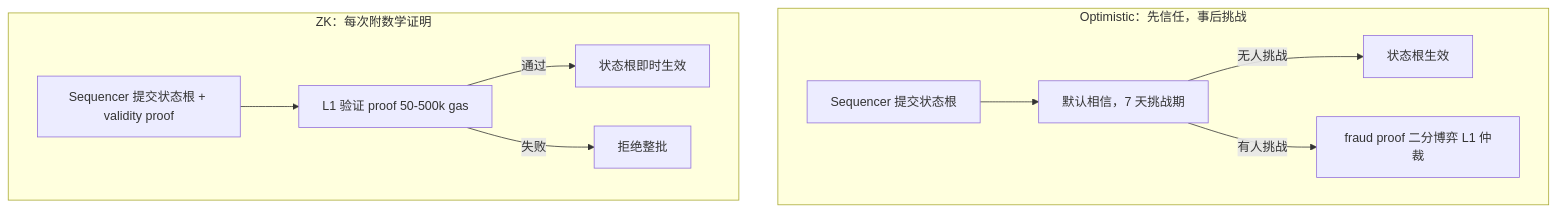
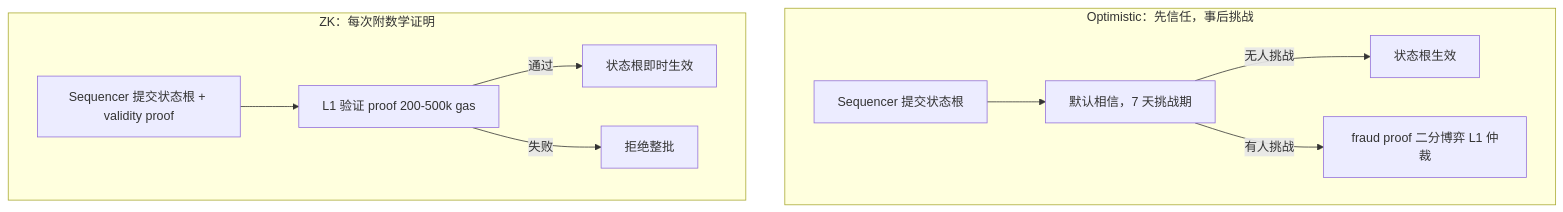
One commit to ChuwuYo/misc-files changed the fourth of 13 diagrams in web3-engineer-guide/07-L2与扩容/README.md. Above: the diagram before and after it, drawn with Mermaid. The commit also changed other lines of this file and 48 other files, not shown here.

First line of the commit message:
Update DAO Tokenomics Module: Revise README, Add Diagrams, and Enhance HTML Output

````diff
--- a/web3-engineer-guide/07-L2与扩容/README.md
+++ b/web3-engineer-guide/07-L2与扩容/README.md
@@ -87,13 +87,13 @@
 ```mermaid
 flowchart TB
     subgraph OP[Optimistic：先信任，事后挑战]
         OP1[Sequencer 提交状态根]-->OP2[默认相信，7 天挑战期]
         OP2-->|无人挑战| OP3[状态根生效]
         OP2-->|有人挑战| OP4[fraud proof 二分博弈 L1 仲裁]
     end
     subgraph ZK[ZK：每次附数学证明]
-        ZK1[Sequencer 提交状态根 + validity proof]-->ZK2[L1 验证 proof 50-500k gas]
+        ZK1[Sequencer 提交状态根 + validity proof]-->ZK2[L1 验证 proof 200-500k gas]
         ZK2-->|通过| ZK3[状态根即时生效]
         ZK2-->|失败| ZK4[拒绝整批]
     end
 ```
````
